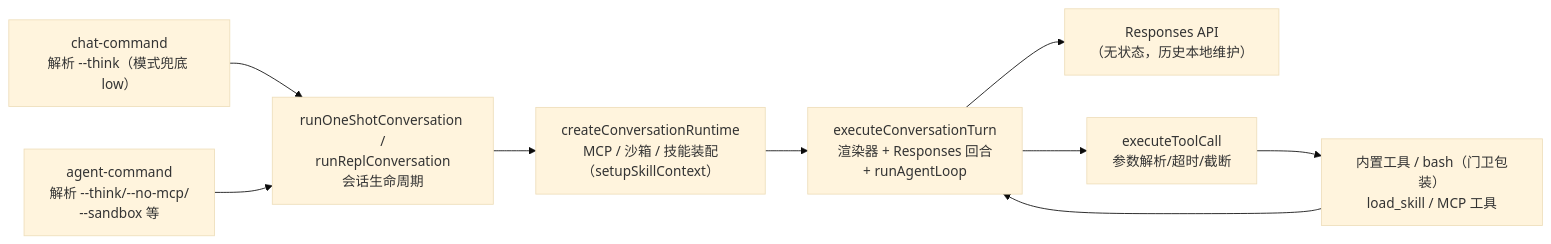
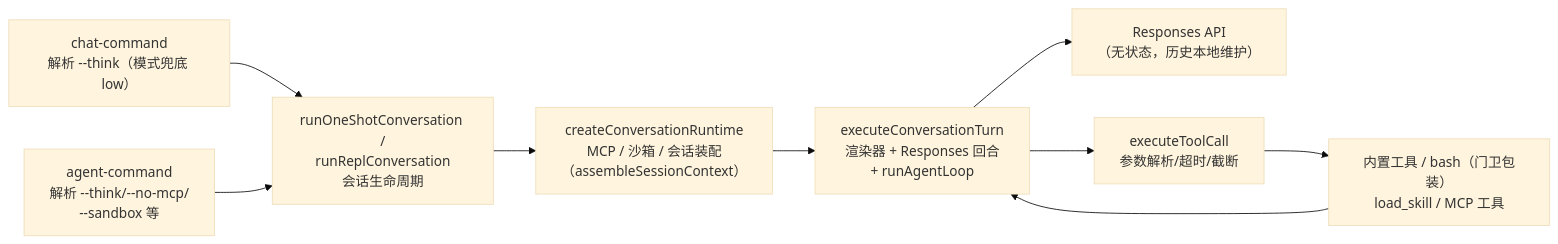
The second of 3 diagrams in docs/ARCHITECTURE.md (tanyueran/tx-cli), drawn with Mermaid (base theme) before and after one commit. The commit also changed other lines of this file and 13 other files, not shown here.

````diff
--- a/docs/ARCHITECTURE.md
+++ b/docs/ARCHITECTURE.md
@@ -90,11 +90,11 @@
 ```mermaid
 flowchart LR
     A["chat-command<br/>解析 --think（模式兜底 low）"] --> B["runOneShotConversation /<br/>runReplConversation<br/>会话生命周期"]
     A2["agent-command<br/>解析 --think/--no-mcp/<br/>--sandbox 等"] --> B
-    B --> C["createConversationRuntime<br/>MCP / 沙箱 / 技能装配<br/>（setupSkillContext）"]
+    B --> C["createConversationRuntime<br/>MCP / 沙箱 / 会话装配<br/>（assembleSessionContext）"]
     C --> D["executeConversationTurn<br/>渲染器 + Responses 回合<br/>+ runAgentLoop"]
     D --> E["Responses API<br/>（无状态，历史本地维护）"]
     D --> F["executeToolCall<br/>参数解析/超时/截断"]
     F --> G["内置工具 / bash（门卫包装）<br/>load_skill / MCP 工具"]
     G --> D
 ```
````
